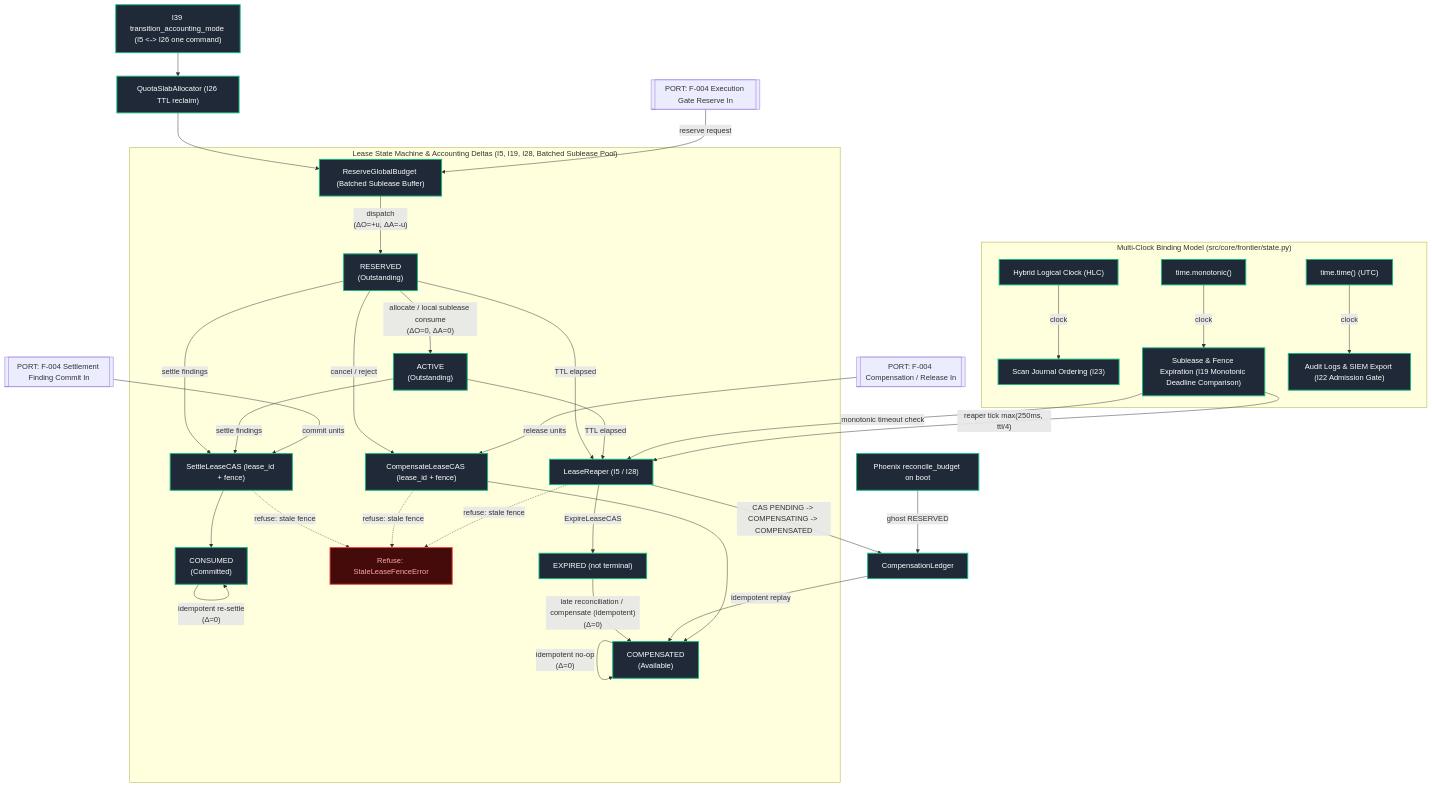
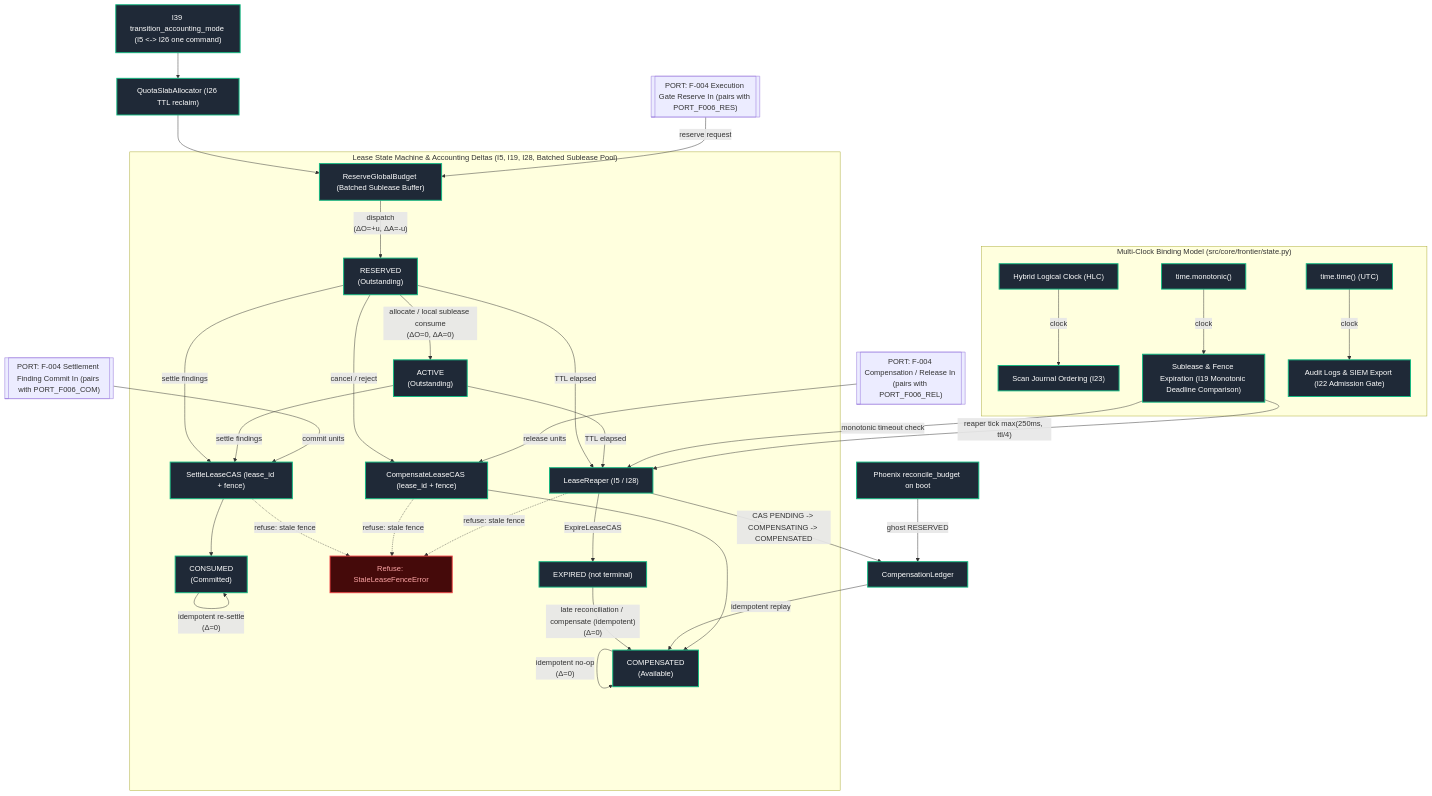
Before and after one commit to AviralGup7/Singularity-Zero: the seventh of 16 diagrams in docs/flowchart.md, drawn with Mermaid. The commit also changed other lines of this file and 4 other files, not shown here.

````diff
--- a/docs/flowchart.md
+++ b/docs/flowchart.md
@@ -833,50 +833,50 @@
 ```mermaid
 flowchart TD
     classDef impl fill:#1f2937,stroke:#10b981,stroke-width:2px,color:#fff;
     classDef singleNode fill:#1e293b,stroke:#0ea5e9,stroke-width:1px,stroke-dasharray:3 3,color:#fff;
     classDef library fill:#334155,stroke:#64748b,stroke-width:1px,color:#fff;
     classDef specOnly fill:#1e1b4b,stroke:#818cf8,stroke-width:1px,stroke-dasharray:4 4,color:#fff;
     classDef vacuous fill:#27272a,stroke:#71717a,stroke-width:1px,color:#a1a1aa;
     classDef forbidden fill:#450a0a,stroke:#ef4444,stroke-width:2px,color:#fca5a5;
 
-    PORT_F004_RES_IN[["PORT: F-004 Execution Gate Reserve In"]]
-    PORT_F004_COM_IN[["PORT: F-004 Settlement Finding Commit In"]]
-    PORT_F004_REL_IN[["PORT: F-004 Compensation / Release In"]]
+    PORT_F004_RES_IN[["PORT: F-004 Execution Gate Reserve In (pairs with PORT_F006_RES)"]]
+    PORT_F004_COM_IN[["PORT: F-004 Settlement Finding Commit In (pairs with PORT_F006_COM)"]]
+    PORT_F004_REL_IN[["PORT: F-004 Compensation / Release In (pairs with PORT_F006_REL)"]]
 
     subgraph ClockModel["Multi-Clock Binding Model (src/core/frontier/state.py)"]
         HLC["Hybrid Logical Clock (HLC)"]:::impl -->|"clock"| EventOrder["Scan Journal Ordering (I23)"]:::impl
         Mono["time.monotonic()"]:::impl -->|"clock"| LeaseTTL["Sublease & Fence Expiration (I19 Monotonic Deadline Comparison)"]:::impl
         Wall["time.time() (UTC)"]:::impl -->|"clock"| AuditTime["Audit Logs & SIEM Export (I22 Admission Gate)"]:::impl
     end
 
     subgraph LeaseFSM["Lease State Machine & Accounting Deltas (I5, I19, I28, Batched Sublease Pool)"]
         Reserve["ReserveGlobalBudget (Batched Sublease Buffer)"]:::impl -->|"dispatch<br/>(ΔO=+u, ΔA=-u)"| RESERVED["RESERVED<br/>(Outstanding)"]:::impl
         RESERVED -->|"allocate / local sublease consume<br/>(ΔO=0, ΔA=0)"| ACTIVE["ACTIVE<br/>(Outstanding)"]:::impl
         RESERVED -->|"settle findings"| SettleCAS
         ACTIVE -->|"settle findings"| SettleCAS
         RESERVED -->|"cancel / reject"| CompCAS
         RESERVED -->|"TTL elapsed"| Reaper
         ACTIVE -->|"TTL elapsed"| Reaper
         Reaper -->|"ExpireLeaseCAS"| EXPIRED["EXPIRED (not terminal)"]:::impl
         SettleCAS -.->|"refuse: stale fence"| FenceRej["Refuse: StaleLeaseFenceError"]:::forbidden
         CompCAS -.->|"refuse: stale fence"| FenceRej
         Reaper -.->|"refuse: stale fence"| FenceRej
         
         EXPIRED -->|"late reconciliation / compensate (idempotent)<br/>(Δ=0)"| COMPENSATED["COMPENSATED<br/>(Available)"]:::impl
         CONSUMED["CONSUMED<br/>(Committed)"]:::impl -->|"idempotent re-settle<br/>(Δ=0)"| CONSUMED
         COMPENSATED -->|"idempotent no-op<br/>(Δ=0)"| COMPENSATED
     end
 
     LeaseTTL -->|"monotonic timeout check"| Reaper
     LeaseTTL -->|"reaper tick max(250ms, ttl/4)"| Reaper["LeaseReaper (I5 / I28)"]:::impl
     Reaper -->|"CAS PENDING -> COMPENSATING -> COMPENSATED"| Ledger["CompensationLedger"]:::impl
     Ledger -->|"idempotent replay"| COMPENSATED
     Phoenix["Phoenix reconcile_budget on boot"]:::impl -->|"ghost RESERVED"| Ledger
     Slab["QuotaSlabAllocator (I26 TTL reclaim)"]:::impl --> Reserve
     I39mode["I39 transition_accounting_mode (I5 <-> I26 one command)"]:::impl --> Slab
     PORT_F004_RES_IN -->|"reserve request"| Reserve
     PORT_F004_COM_IN -->|"commit units"| SettleCAS["SettleLeaseCAS (lease_id + fence)"]:::impl
     SettleCAS --> CONSUMED
     PORT_F004_REL_IN -->|"release units"| CompCAS["CompensateLeaseCAS (lease_id + fence)"]:::impl
     CompCAS --> COMPENSATED
 ```
````
